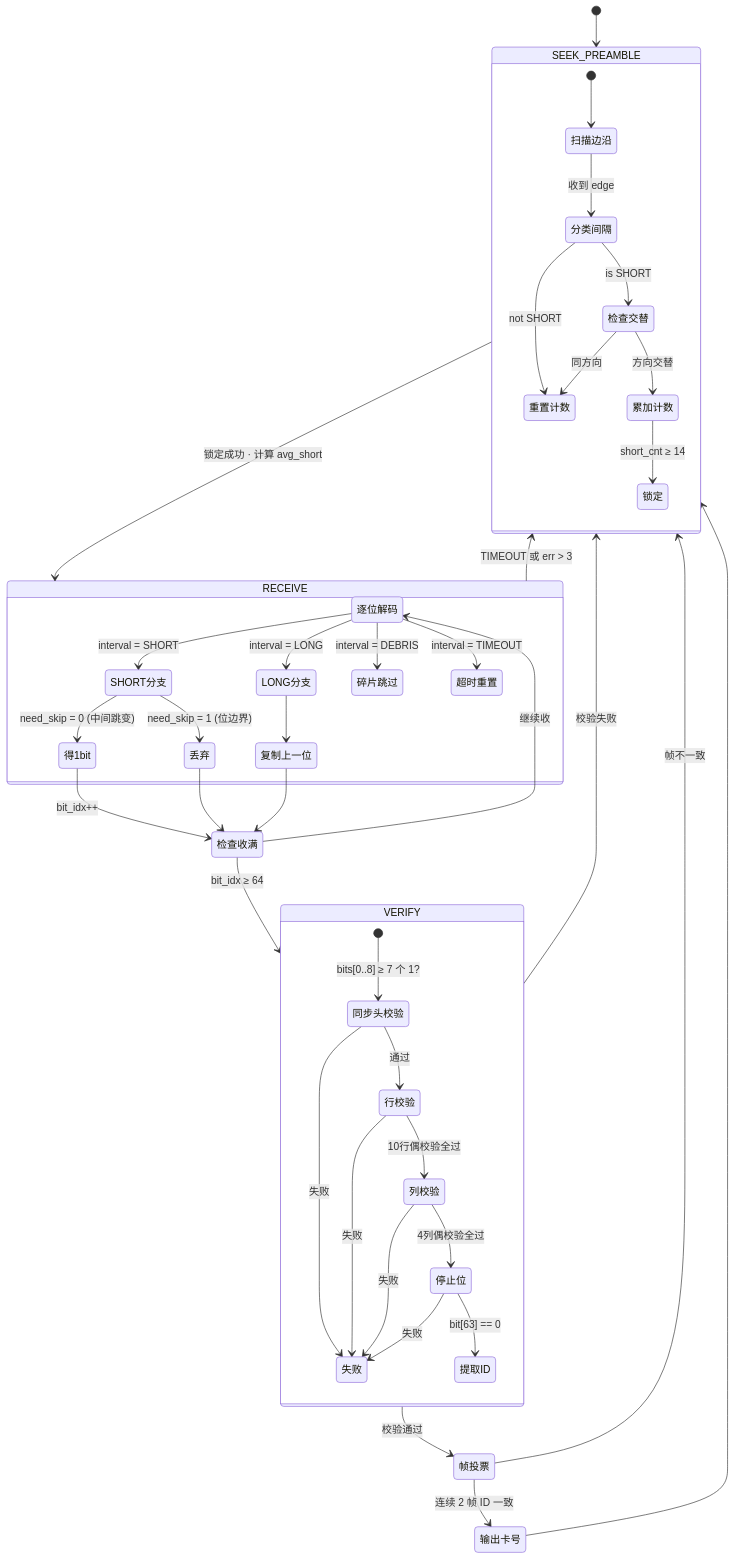
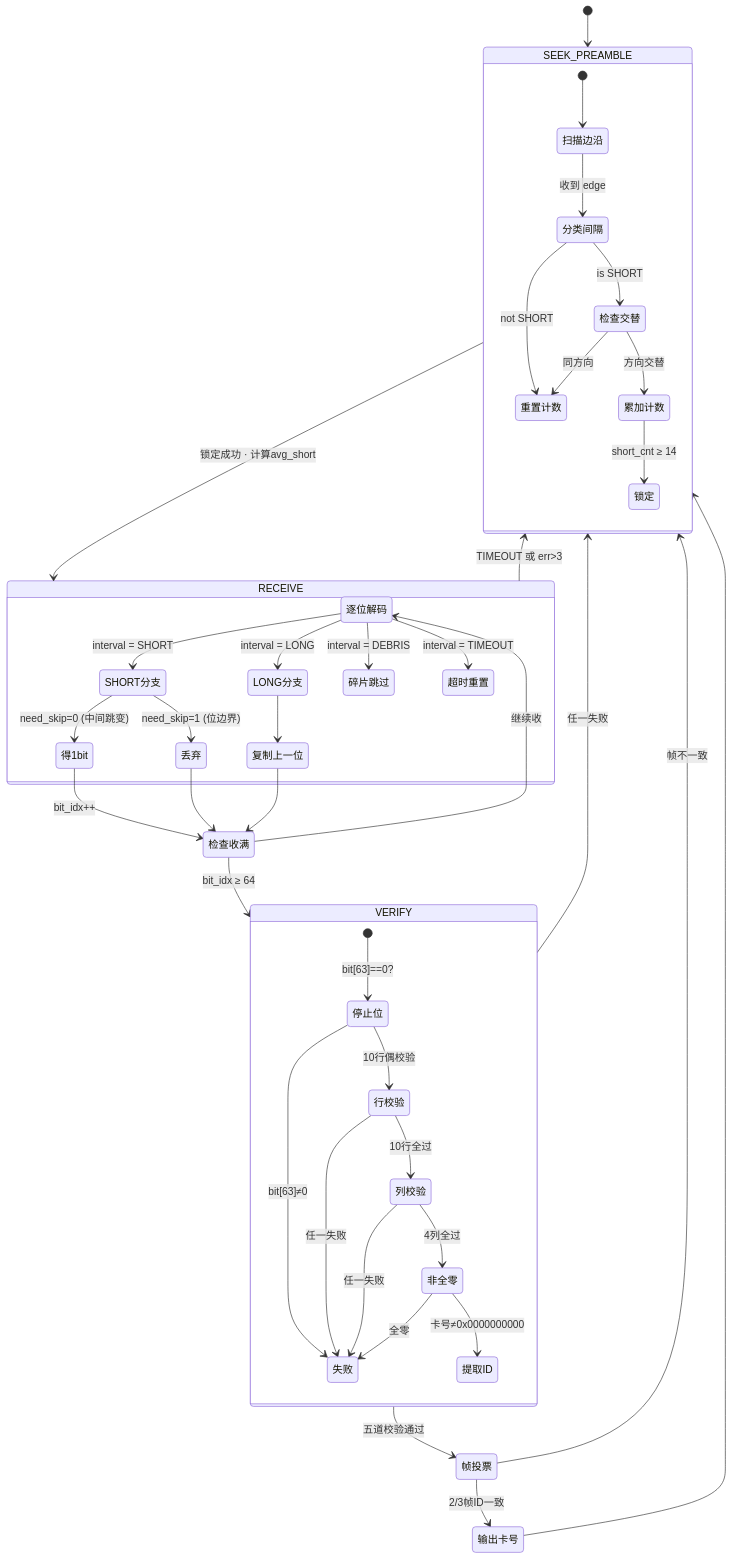
Before and after one commit to Siaiai/ObsidianNote: the eighth of 8 diagrams in 工作/SR3读卡器/260802SR3读卡器架构.md, drawn with Mermaid. The commit also changed other lines of this file, not shown here.

````diff
--- a/工作/SR3读卡器/260802SR3读卡器架构.md
+++ b/工作/SR3读卡器/260802SR3读卡器架构.md
@@ -342,55 +470,53 @@
 ```mermaid
 stateDiagram-v2
     [*] --> SEEK_PREAMBLE
 
     state SEEK_PREAMBLE {
         [*] --> 扫描边沿
         扫描边沿 --> 分类间隔 : 收到 edge
         分类间隔 --> 检查交替 : is SHORT
         分类间隔 --> 重置计数 : not SHORT
         检查交替 --> 累加计数 : 方向交替
         检查交替 --> 重置计数 : 同方向
         累加计数 --> 锁定 : short_cnt ≥ 14
     }
 
     state RECEIVE {
         逐位解码 --> SHORT分支 : interval = SHORT
         逐位解码 --> LONG分支 : interval = LONG
         逐位解码 --> 碎片跳过 : interval = DEBRIS
         逐位解码 --> 超时重置 : interval = TIMEOUT
-
-        SHORT分支 --> 得1bit : need_skip = 0 (中间跳变)
-        SHORT分支 --> 丢弃 : need_skip = 1 (位边界)
+        SHORT分支 --> 得1bit : need_skip=0 (中间跳变)
+        SHORT分支 --> 丢弃 : need_skip=1 (位边界)
         LONG分支 --> 复制上一位
     }
 
     得1bit --> 检查收满 : bit_idx++
     丢弃 --> 检查收满
     复制上一位 --> 检查收满
     检查收满 --> VERIFY : bit_idx ≥ 64
     检查收满 --> 逐位解码 : 继续收
 
-    SEEK_PREAMBLE --> RECEIVE : 锁定成功 · 计算 avg_short
+    SEEK_PREAMBLE --> RECEIVE : 锁定成功 · 计算avg_short
+    RECEIVE --> SEEK_PREAMBLE : TIMEOUT 或 err>3
 
     state VERIFY {
-        [*] --> 同步头校验 : bits[0..8] ≥ 7 个 1?
-        同步头校验 --> 行校验 : 通过
-        同步头校验 --> 失败 : 失败
-        行校验 --> 列校验 : 10行偶校验全过
-        行校验 --> 失败 : 失败
-        列校验 --> 停止位 : 4列偶校验全过
-        列校验 --> 失败 : 失败
-        停止位 --> 提取ID : bit[63] == 0
-        停止位 --> 失败 : 失败
+        [*] --> 停止位 : bit[63]==0?
+        停止位 --> 行校验 : 10行偶校验
+        停止位 --> 失败 : bit[63]≠0
+        行校验 --> 列校验 : 10行全过
+        行校验 --> 失败 : 任一失败
+        列校验 --> 非全零 : 4列全过
+        列校验 --> 失败 : 任一失败
+        非全零 --> 提取ID : 卡号≠0x0000000000
+        非全零 --> 失败 : 全零
     }
 
-    VERIFY --> 帧投票 : 校验通过
-    VERIFY --> SEEK_PREAMBLE : 校验失败
+    VERIFY --> 帧投票 : 五道校验通过
+    VERIFY --> SEEK_PREAMBLE : 任一失败
 
-    帧投票 --> 输出卡号 : 连续 2 帧 ID 一致
+    帧投票 --> 输出卡号 : 2/3帧ID一致
     帧投票 --> SEEK_PREAMBLE : 帧不一致
 
     输出卡号 --> SEEK_PREAMBLE
-
-    RECEIVE --> SEEK_PREAMBLE : TIMEOUT 或 err > 3
 ```
````
